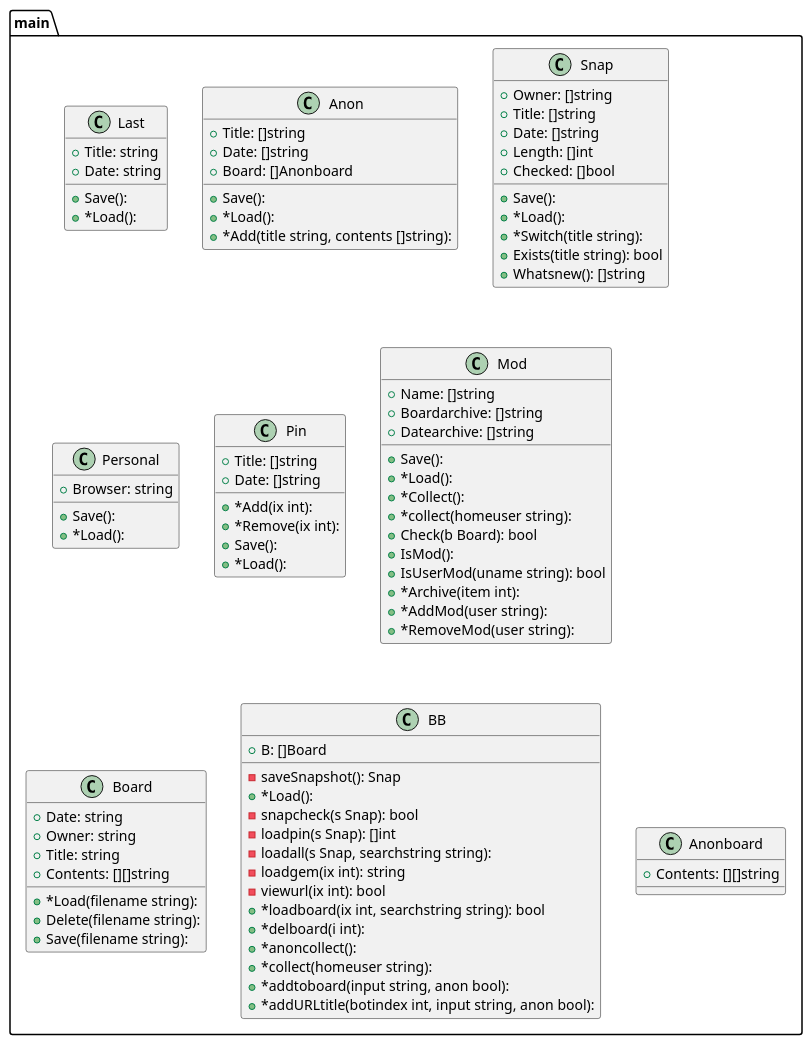
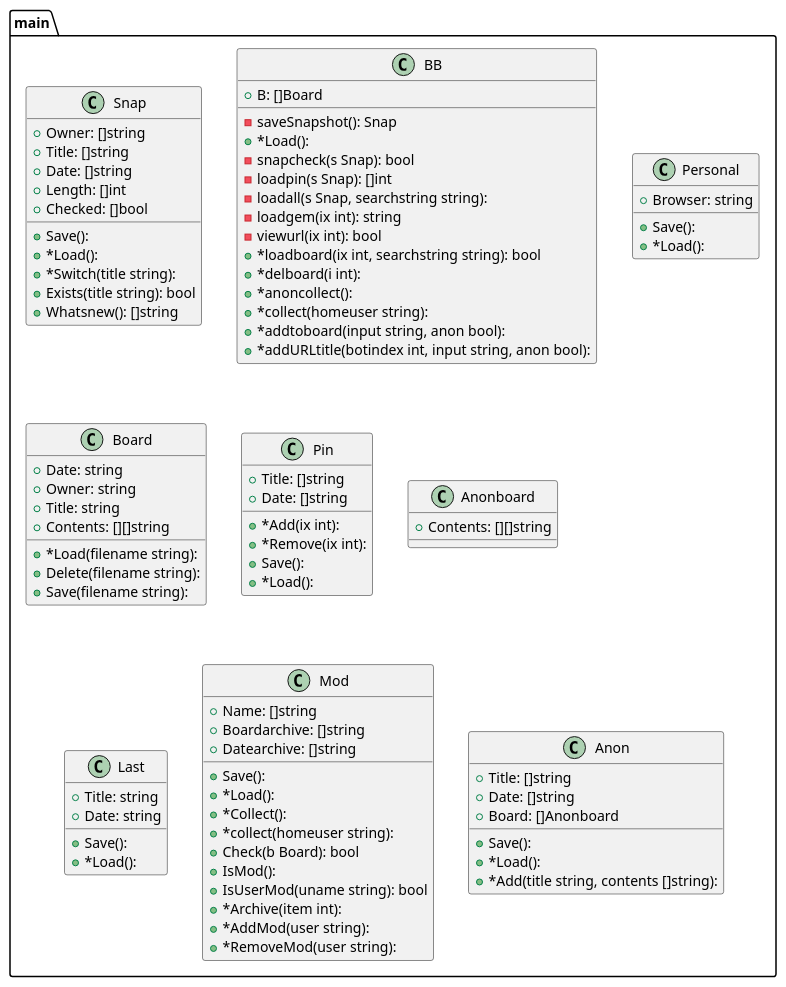
The diagram in graph.puml (tbal999/bb), drawn with PlantUML before and after one commit. The commit also changed other lines of this file and 1 other file, not shown here.

```diff
--- a/graph.puml
+++ b/graph.puml
@@ -1,104 +1,104 @@
 @startuml
-package ...main{
-class Last {
-+Title: string
-+Date: string
-+Save(): 
-+*Load(): 
-}
-}
-package ...main{
-class Anon {
-+Title: []string
-+Date: []string
-+Board: []Anonboard
-+Save(): 
-+*Load(): 
-+*Add(title string, contents []string): 
-}
-}
 package ...main{
 class Snap {
 +Owner: []string
 +Title: []string
 +Date: []string
 +Length: []int
 +Checked: []bool
 +Save(): 
 +*Load(): 
 +*Switch(title string): 
 +Exists(title string): bool
 +Whatsnew(): []string
 }
 }
 package ...main{
+class BB {
++B: []Board
+-saveSnapshot(): Snap
++*Load(): 
+-snapcheck(s Snap): bool
+-loadpin(s Snap): []int
+-loadall(s Snap, searchstring string): 
+-loadgem(ix int): string
+-viewurl(ix int): bool
++*loadboard(ix int, searchstring string): bool
++*delboard(i int): 
++*anoncollect(): 
++*collect(homeuser string): 
++*addtoboard(input string, anon bool): 
++*addURLtitle(botindex int, input string, anon bool): 
+}
+}
+package ...main{
 class Personal {
 +Browser: string
 +Save(): 
 +*Load(): 
+}
+}
+package ...main{
+class Board {
++Date: string
++Owner: string
++Title: string
++Contents: [][]string
++*Load(filename string): 
++Delete(filename string): 
++Save(filename string): 
 }
 }
 package ...main{
 class Pin {
 +Title: []string
 +Date: []string
 +*Add(ix int): 
 +*Remove(ix int): 
++Save(): 
++*Load(): 
+}
+}
+package ...main{
+class Anonboard {
++Contents: [][]string
+
+}
+}
+package ...main{
+class Last {
++Title: string
++Date: string
 +Save(): 
 +*Load(): 
 }
 }
 package ...main{
 class Mod {
 +Name: []string
 +Boardarchive: []string
 +Datearchive: []string
 +Save(): 
 +*Load(): 
 +*Collect(): 
 +*collect(homeuser string): 
 +Check(b Board): bool
 +IsMod(): 
 +IsUserMod(uname string): bool
 +*Archive(item int): 
 +*AddMod(user string): 
 +*RemoveMod(user string): 
 }
 }
 package ...main{
-class Board {
-+Date: string
-+Owner: string
-+Title: string
-+Contents: [][]string
-+*Load(filename string): 
-+Delete(filename string): 
-+Save(filename string): 
-}
-}
-package ...main{
-class BB {
-+B: []Board
--saveSnapshot(): Snap
+class Anon {
++Title: []string
++Date: []string
++Board: []Anonboard
++Save(): 
 +*Load(): 
--snapcheck(s Snap): bool
--loadpin(s Snap): []int
--loadall(s Snap, searchstring string): 
--loadgem(ix int): string
--viewurl(ix int): bool
-+*loadboard(ix int, searchstring string): bool
-+*delboard(i int): 
-+*anoncollect(): 
-+*collect(homeuser string): 
-+*addtoboard(input string, anon bool): 
-+*addURLtitle(botindex int, input string, anon bool): 
-}
-}
-package ...main{
-class Anonboard {
-+Contents: [][]string
-
++*Add(title string, contents []string): 
 }
 }
 
 @enduml
```
